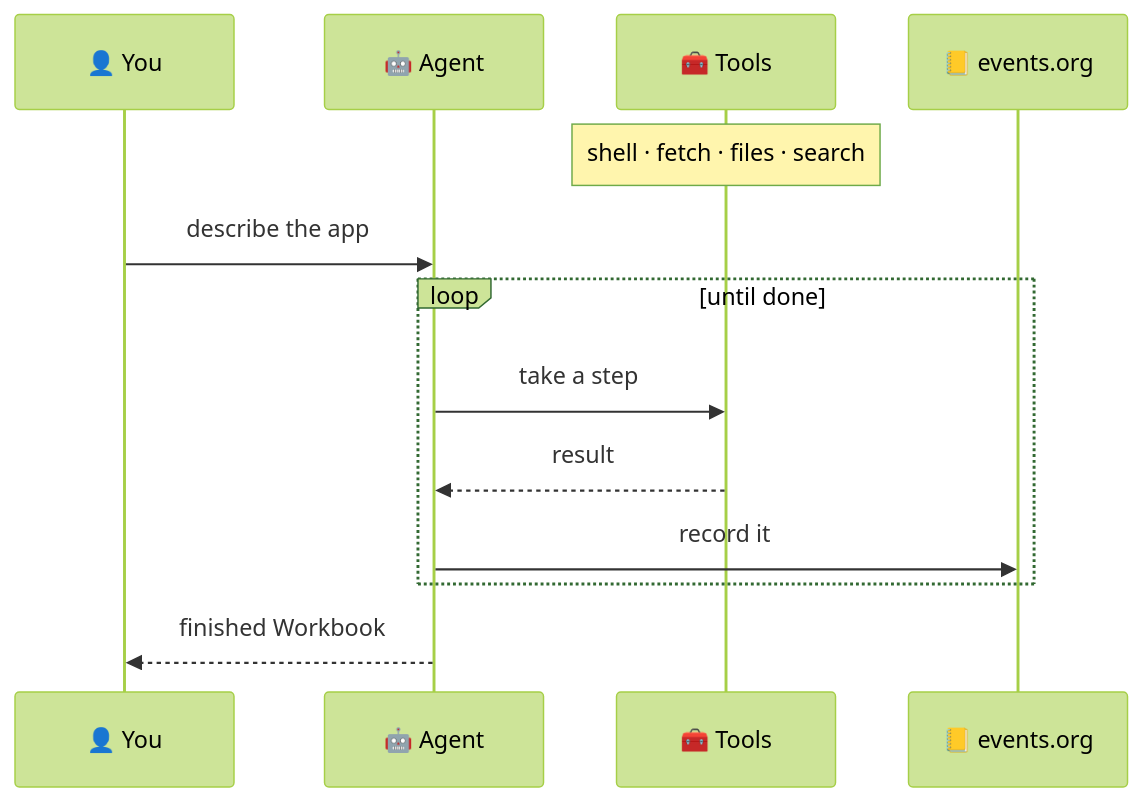
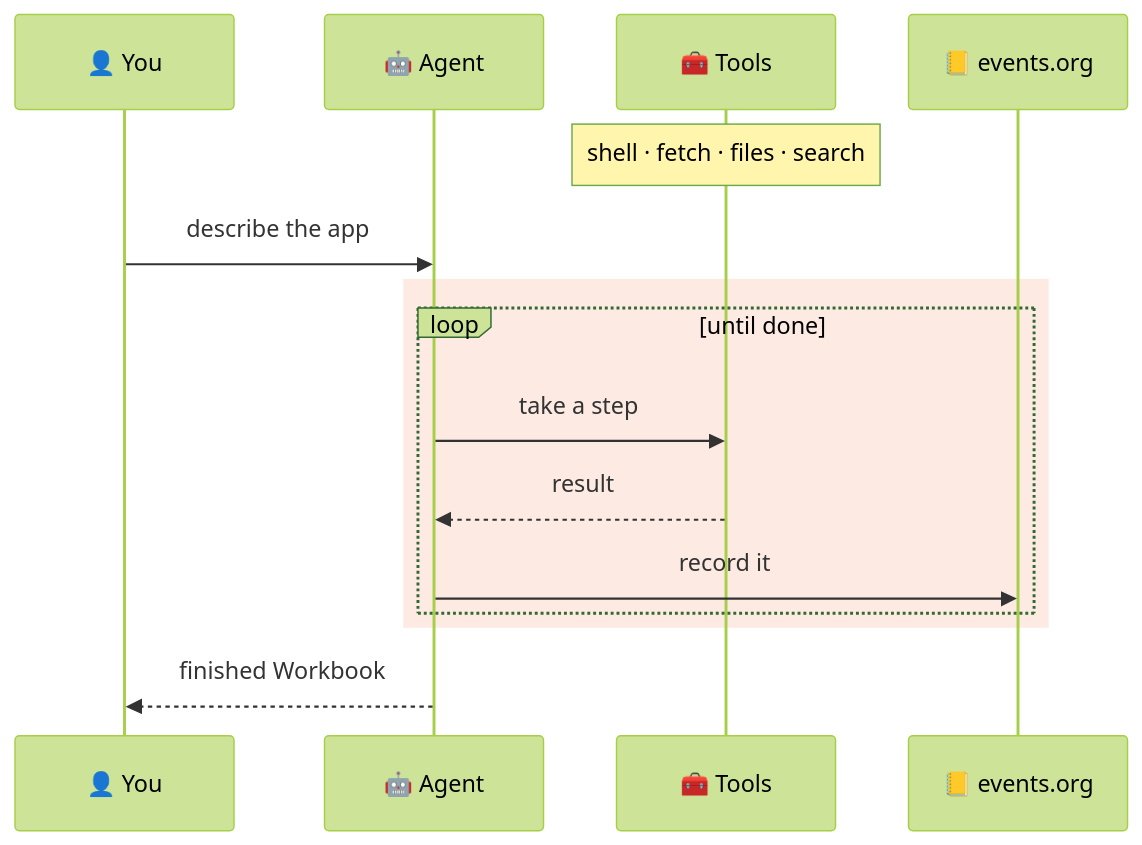
The third of 4 diagrams in README.md (workbooks-sh/workbooks.sh), drawn with Mermaid (forest theme) before and after one commit. The commit also changed other lines of this file, not shown here.

````diff
--- a/README.md
+++ b/README.md
@@ -125,16 +125,18 @@
 ```mermaid
 sequenceDiagram
     participant You as 👤 You
     participant Agent as 🤖 Agent
     participant Tools as 🧰 Tools
     participant Log as 📒 events.org
 
     Note over Tools: shell · fetch · files · search
     You->>Agent: describe the app
+    rect rgba(232, 97, 42, 0.13)
     loop until done
         Agent->>Tools: take a step
         Tools-->>Agent: result
         Agent->>Log: record it
     end
+    end
     Agent-->>You: finished Workbook
 ```
````
